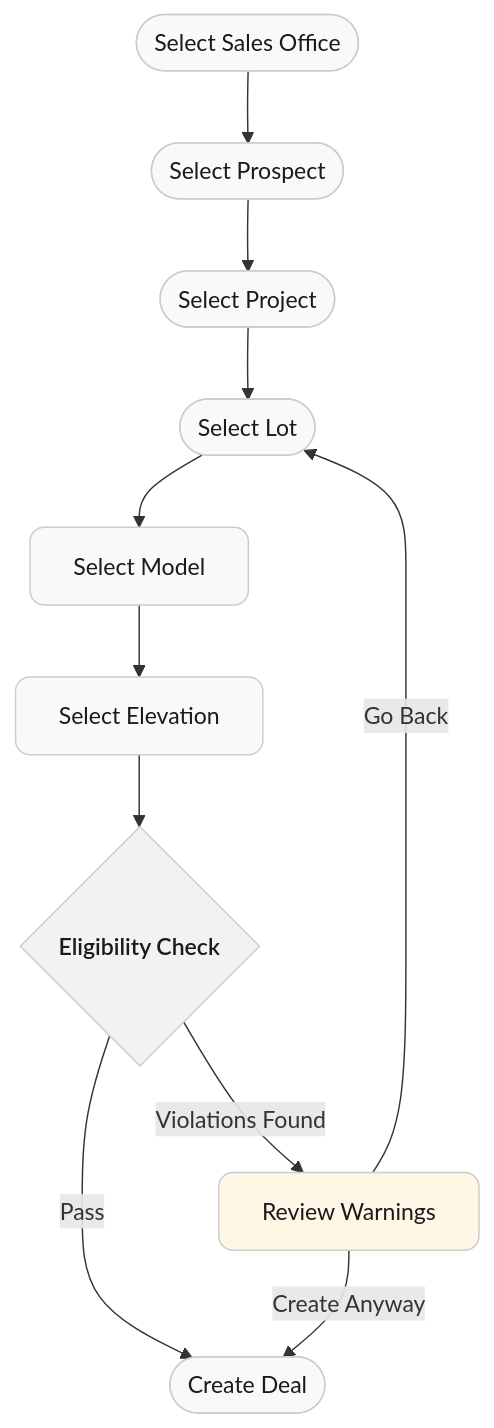
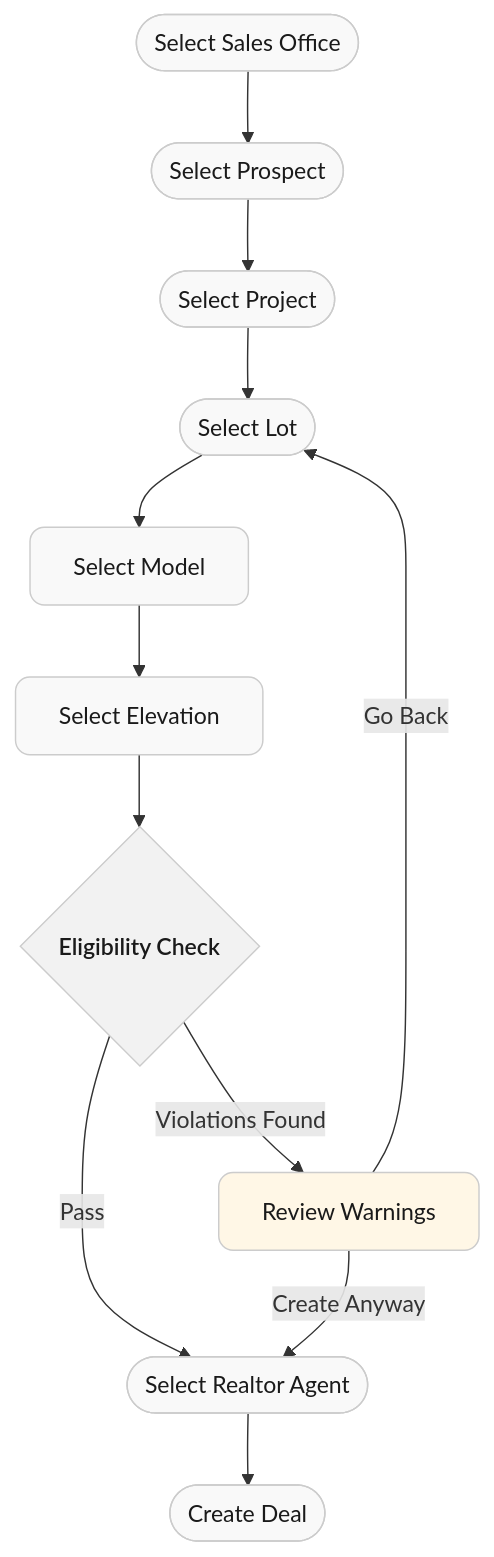
One commit to syed-aqil/project-docs changed the third of 6 diagrams in Deal-Lifecycle-Guide.md. Above: the diagram before and after it, drawn with Mermaid.

````diff
--- a/Deal-Lifecycle-Guide.md
+++ b/Deal-Lifecycle-Guide.md
@@ -154,27 +154,29 @@
 ```mermaid
 flowchart TB
     A(["Select Sales Office"]) --> B(["Select Prospect"])
     B --> C(["Select Project"])
     C --> D(["Select Lot"])
     D --> E["Select Model"]
     E --> F["Select Elevation"]
     F --> G{"Eligibility Check"}
-    G -- Pass --> H(["Create Deal"])
+    G -- Pass --> J(["Select Realtor Agent"])
+    J --> H(["Create Deal"])
     G -- Violations Found --> I["Review Warnings"]
-    I -- Create Anyway --> H
+    I -- Create Anyway --> J
     I -- Go Back --> D
 
      A:::step
      B:::step
      C:::step
      D:::step
      E:::step
      F:::step
      G:::decision
      H:::outcome
      I:::warning
+     J:::step
     classDef step fill:#f9f9f9,stroke:#cccccc,stroke-width:1px,color:#1a1a1a,rx:10,ry:10
     classDef decision fill:#f2f2f2,stroke:#cccccc,stroke-width:1px,color:#1a1a1a,rx:10,ry:10,font-weight:600
     classDef outcome fill:#f9f9f9,stroke:#cccccc,stroke-width:1px,color:#1a1a1a,rx:10,ry:10
     classDef warning fill:#fff7e6,stroke:#cccccc,stroke-width:1px,color:#1a1a1a,rx:10,ry:10
 ```
````
